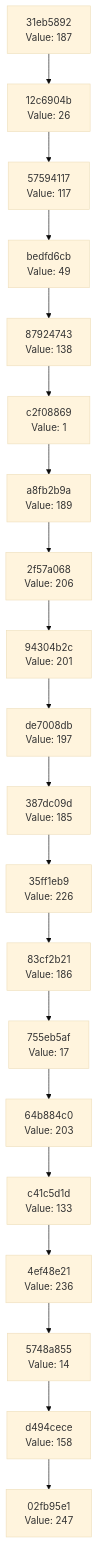
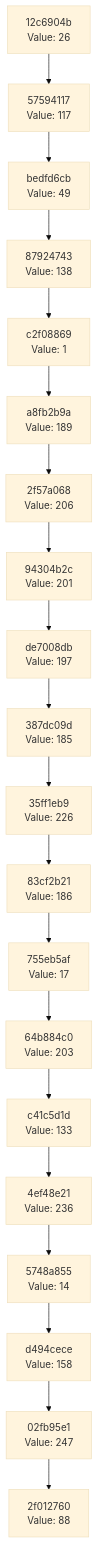
One commit to Abhisheksinha1506/hash-chain-evolver changed the diagram in docs/CHAIN_VISUALIZATION.md. Above: the diagram before and after it, drawn with Mermaid (base theme). The commit also changed 3 other files, not shown here.

````diff
--- a/docs/CHAIN_VISUALIZATION.md
+++ b/docs/CHAIN_VISUALIZATION.md
@@ -3,42 +3,42 @@
 ```mermaid
 graph TD
-    C0["02fb95e1<br/>Value: 247"]
-    C1["d494cece<br/>Value: 158"]
+    C0["2f012760<br/>Value: 88"]
+    C1["02fb95e1<br/>Value: 247"]
     C1 --> C0
-    C2["5748a855<br/>Value: 14"]
+    C2["d494cece<br/>Value: 158"]
     C2 --> C1
-    C3["4ef48e21<br/>Value: 236"]
+    C3["5748a855<br/>Value: 14"]
     C3 --> C2
-    C4["c41c5d1d<br/>Value: 133"]
+    C4["4ef48e21<br/>Value: 236"]
     C4 --> C3
-    C5["64b884c0<br/>Value: 203"]
+    C5["c41c5d1d<br/>Value: 133"]
     C5 --> C4
-    C6["755eb5af<br/>Value: 17"]
+    C6["64b884c0<br/>Value: 203"]
     C6 --> C5
-    C7["83cf2b21<br/>Value: 186"]
+    C7["755eb5af<br/>Value: 17"]
     C7 --> C6
-    C8["35ff1eb9<br/>Value: 226"]
+    C8["83cf2b21<br/>Value: 186"]
     C8 --> C7
-    C9["387dc09d<br/>Value: 185"]
+    C9["35ff1eb9<br/>Value: 226"]
     C9 --> C8
-    C10["de7008db<br/>Value: 197"]
+    C10["387dc09d<br/>Value: 185"]
     C10 --> C9
-    C11["94304b2c<br/>Value: 201"]
+    C11["de7008db<br/>Value: 197"]
     C11 --> C10
-    C12["2f57a068<br/>Value: 206"]
+    C12["94304b2c<br/>Value: 201"]
     C12 --> C11
-    C13["a8fb2b9a<br/>Value: 189"]
+    C13["2f57a068<br/>Value: 206"]
     C13 --> C12
-    C14["c2f08869<br/>Value: 1"]
+    C14["a8fb2b9a<br/>Value: 189"]
     C14 --> C13
-    C15["87924743<br/>Value: 138"]
+    C15["c2f08869<br/>Value: 1"]
     C15 --> C14
-    C16["bedfd6cb<br/>Value: 49"]
+    C16["87924743<br/>Value: 138"]
     C16 --> C15
-    C17["57594117<br/>Value: 117"]
+    C17["bedfd6cb<br/>Value: 49"]
     C17 --> C16
-    C18["12c6904b<br/>Value: 26"]
+    C18["57594117<br/>Value: 117"]
     C18 --> C17
-    C19["31eb5892<br/>Value: 187"]
+    C19["12c6904b<br/>Value: 26"]
     C19 --> C18
 ```
````
